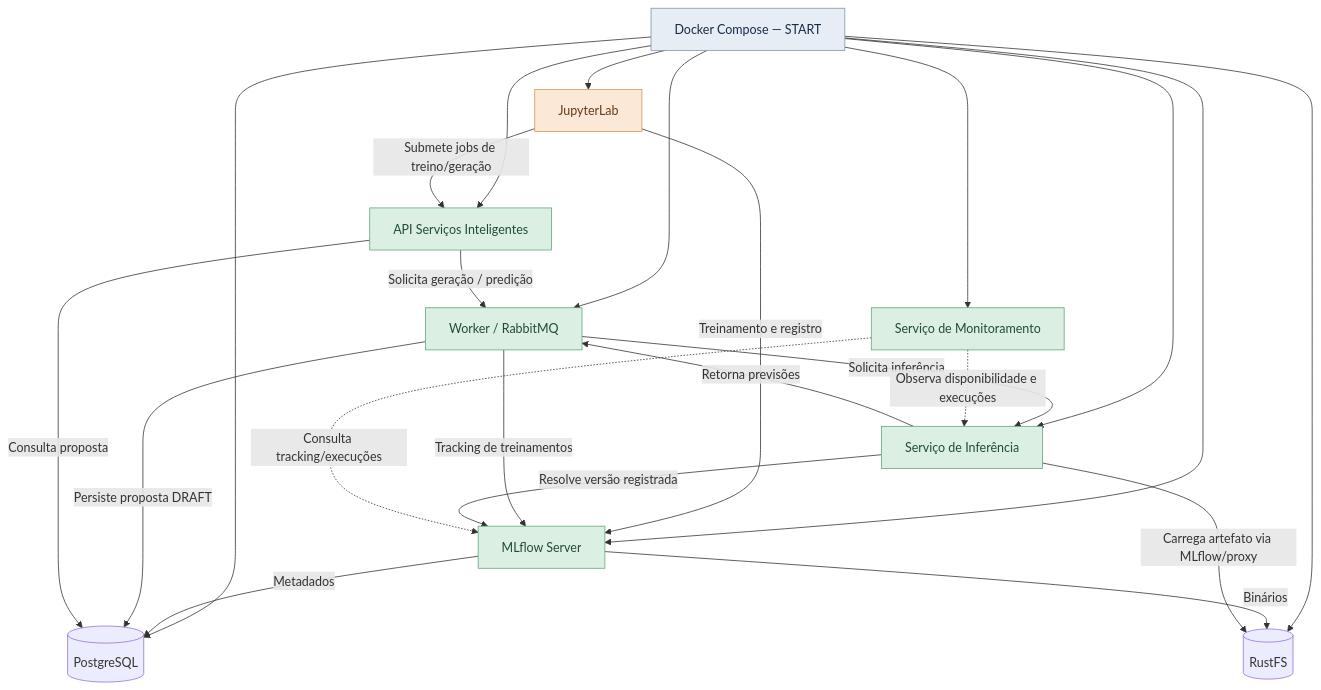
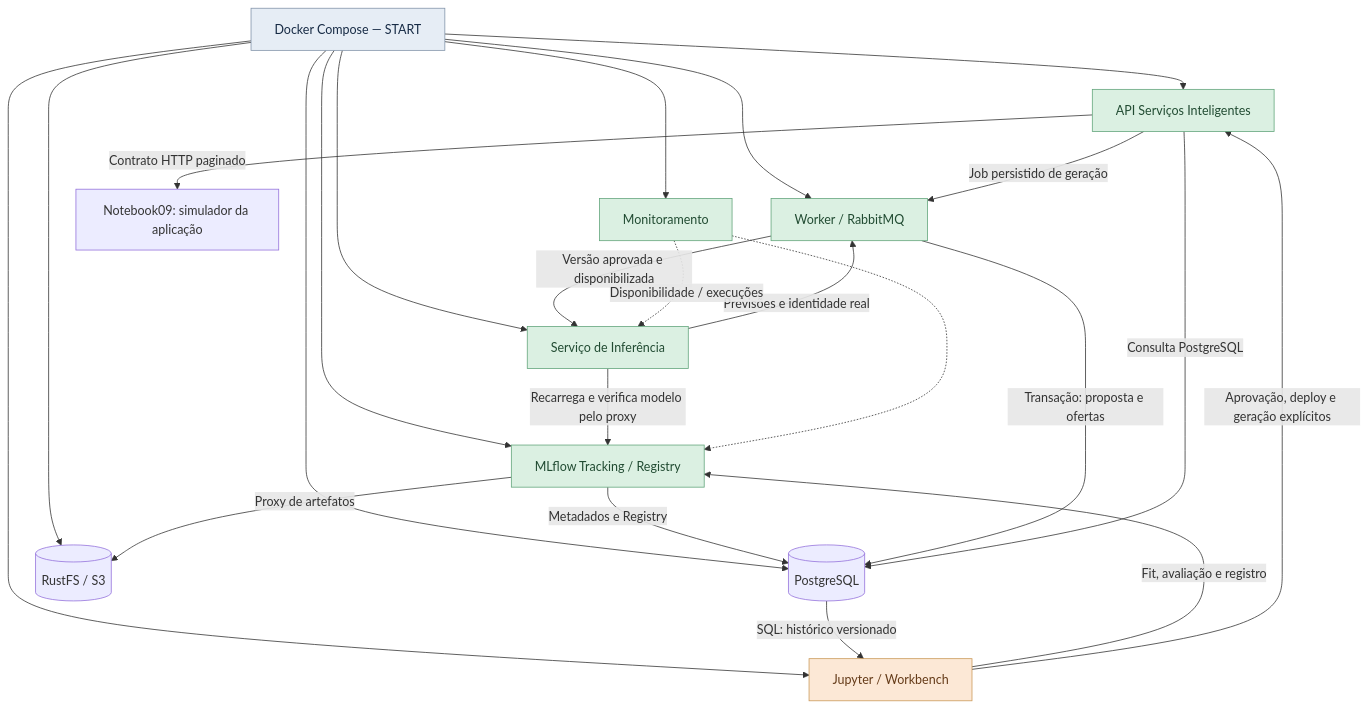
The diagram in README.md (Quanticoi/marista-horas-intel-poc-ia), drawn with Mermaid before and after one commit. The commit also changed other lines of this file and 71 other files, not shown here.

````diff
--- a/README.md
+++ b/README.md
@@ -97,34 +15,31 @@
 ```mermaid
 flowchart TB
     START["Docker Compose — START"] --> API["API Serviços Inteligentes"]
     START --> INF["Serviço de Inferência"]
-    START --> MLF["MLflow Server"]
-    START --> MON["Serviço de Monitoramento"]
-    START --> JUP["JupyterLab"]
+    START --> MLF["MLflow Tracking / Registry"]
+    START --> MON["Monitoramento"]
+    START --> JUP["Jupyter / Workbench"]
     START --> WRK["Worker / RabbitMQ"]
     START --> DB[("PostgreSQL")]
-    START --> OBJ[("RustFS")]
-
-    JUP -->|"Treinamento e registro"| MLF
-    JUP -->|"Submete jobs de treino/geração"| API
-    WRK -->|"Tracking de treinamentos"| MLF
-    MLF -->|"Metadados"| DB
-    MLF -->|"Binários"| OBJ
-
-    API -->|"Solicita geração / predição"| WRK
-    WRK -->|"Solicita inferência"| INF
-    INF -->|"Resolve versão registrada"| MLF
-    INF -->|"Carrega artefato via MLflow/proxy"| OBJ
-    INF -->|"Retorna previsões"| WRK
-    WRK -->|"Persiste proposta DRAFT"| DB
-    API -->|"Consulta proposta"| DB
-    MON -.->|"Observa disponibilidade e execuções"| INF
-    MON -.->|"Consulta tracking/execuções"| MLF
-
+    START --> OBJ[("RustFS / S3")]
+    DB -->|"SQL: histórico versionado"| JUP
+    JUP -->|"Fit, avaliação e registro"| MLF
+    JUP -->|"Aprovação, deploy e geração explícitos"| API
+    MLF -->|"Metadados e Registry"| DB
+    MLF -->|"Proxy de artefatos"| OBJ
+    API -->|"Job persistido de geração"| WRK
+    WRK -->|"Versão aprovada e disponibilizada"| INF
+    INF -->|"Recarrega e verifica modelo pelo proxy"| MLF
+    INF -->|"Previsões e identidade real"| WRK
+    WRK -->|"Transação: proposta e ofertas"| DB
+    API -->|"Consulta PostgreSQL"| DB
+    API -->|"Contrato HTTP paginado"| APP["Notebook09: simulador da aplicação"]
+    MON -.->|"Disponibilidade / execuções"| INF
+    MON -.-> MLF
     classDef platform fill:#E6EDF5,stroke:#8093A9,color:#172B45
     classDef training fill:#FCE8D6,stroke:#CB9958,color:#653B19
     classDef operational fill:#DBF0E2,stroke:#62A57B,color:#214B32
     class START platform
     class JUP training
     class API,INF,MLF,MON,WRK operational
 ```
````
